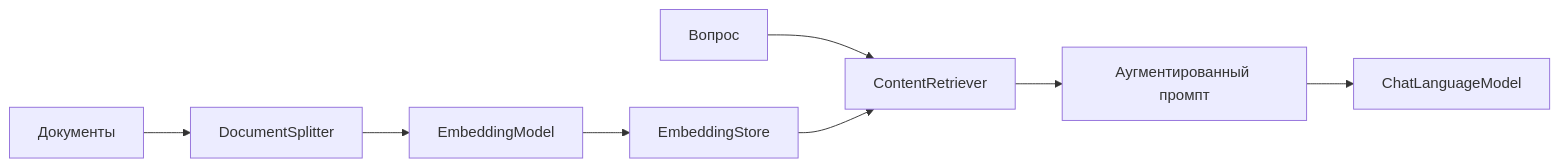
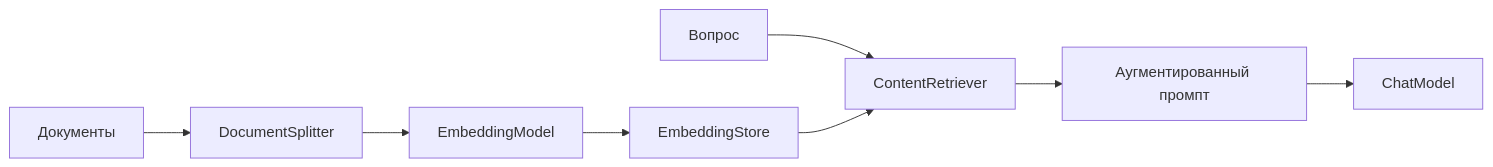
The diagram in cheatsheets/interview/ai-ml/langchain4j-interview.md (akeverus/cheat-sheet), drawn with Mermaid before and after one commit. The commit also changed other lines of this file and 11 other files, not shown here.

````diff
--- a/cheatsheets/interview/ai-ml/langchain4j-interview.md
+++ b/cheatsheets/interview/ai-ml/langchain4j-interview.md
@@ -326,10 +328,10 @@
 ```mermaid
 graph LR
     A[Документы] --> B[DocumentSplitter]
     B --> C[EmbeddingModel]
     C --> D[EmbeddingStore]
     E[Вопрос] --> F[ContentRetriever]
     D --> F
     F --> G[Аугментированный промпт]
-    G --> H[ChatLanguageModel]
+    G --> H[ChatModel]
 ```
````
